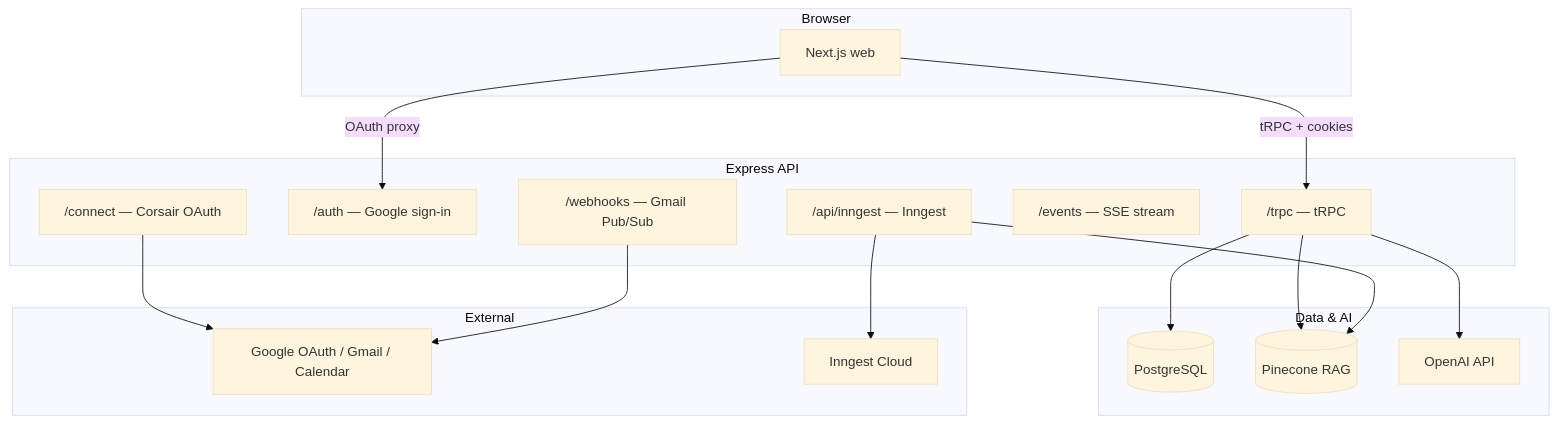
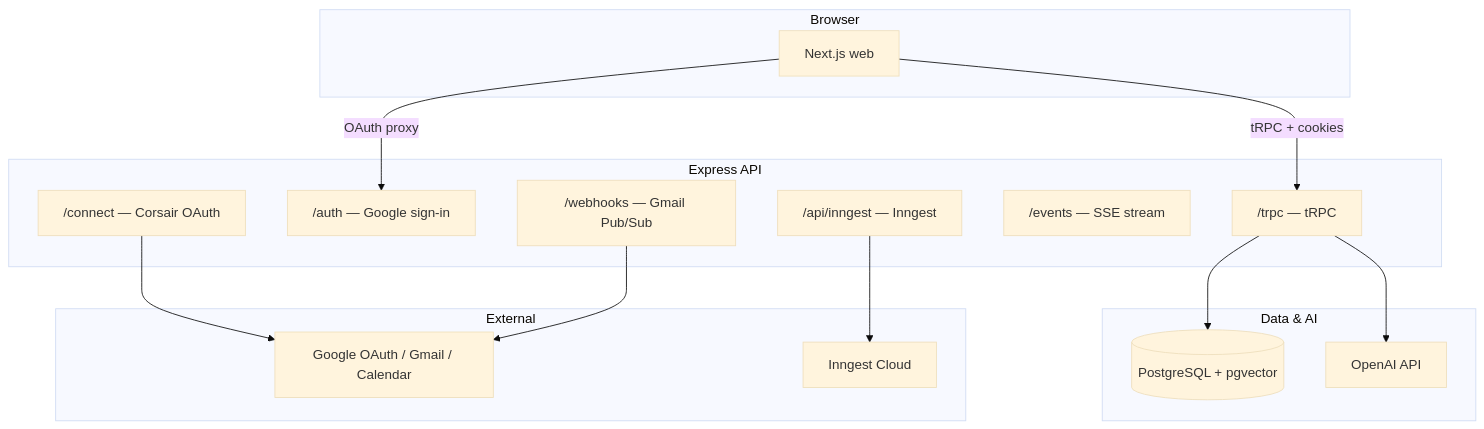
The first of 2 diagrams in README.md (learner-enthusiast/NoClickMail), drawn with Mermaid (base theme) before and after one commit. The commit also changed other lines of this file and 33 other files, not shown here.

````diff
--- a/README.md
+++ b/README.md
@@ -35,36 +35,33 @@
 ```mermaid
 flowchart TB
   subgraph browser [Browser]
     Web[Next.js web]
   end
 
   subgraph api [Express API]
     TRPC["/trpc — tRPC"]
     Auth["/auth — Google sign-in"]
     Connect["/connect — Corsair OAuth"]
     WH["/webhooks — Gmail Pub/Sub"]
     SSE["/events — SSE stream"]
     Inngest["/api/inngest — Inngest"]
   end
 
   subgraph data [Data & AI]
-    PG[(PostgreSQL)]
-    Pinecone[(Pinecone RAG)]
+    PG[(PostgreSQL + pgvector)]
     OpenAI[OpenAI API]
   end
 
   subgraph external [External]
     Google[Google OAuth / Gmail / Calendar]
     InngestCloud[Inngest Cloud]
   end
 
   Web -->|tRPC + cookies| TRPC
   Web -->|OAuth proxy| Auth
   TRPC --> PG
   Connect --> Google
   WH --> Google
   TRPC --> OpenAI
-  TRPC --> Pinecone
   Inngest --> InngestCloud
-  Inngest --> Pinecone
 ```
````
